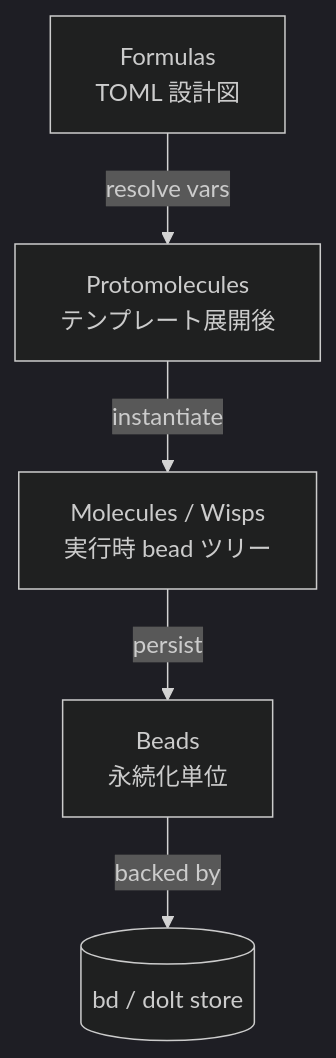
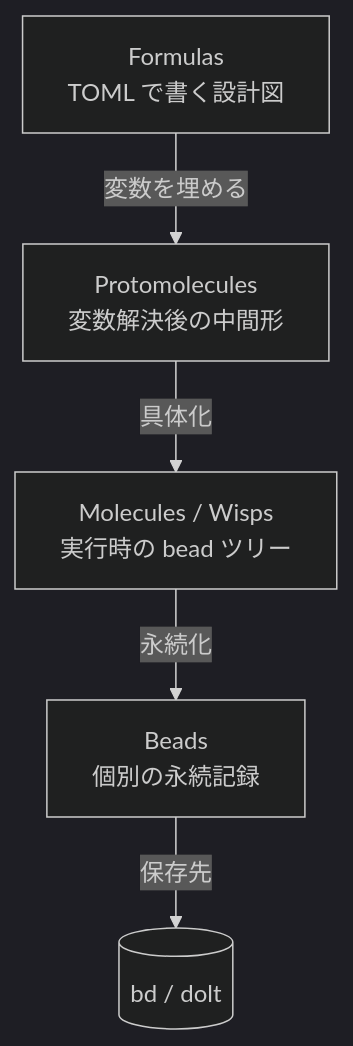
Before and after one commit to ymdvsymd/gascity: the second of 3 diagrams in .history/20260429-usage/OVERVIEW.md, drawn with Mermaid (dark theme). The commit also changed other lines of this file, not shown here.

````diff
--- a/.history/20260429-usage/OVERVIEW.md
+++ b/.history/20260429-usage/OVERVIEW.md
@@ -137,7 +105,7 @@
 ```mermaid
 graph TB
-    F[Formulas<br>TOML 設計図] -->|resolve vars| P[Protomolecules<br>テンプレート展開後]
-    P -->|instantiate| M[Molecules / Wisps<br>実行時 bead ツリー]
-    M -->|persist| B[Beads<br>永続化単位]
-    B -->|backed by| S[(bd / dolt store)]
+    F[Formulas<br>TOML で書く設計図] -->|変数を埋める| P[Protomolecules<br>変数解決後の中間形]
+    P -->|具体化| M[Molecules / Wisps<br>実行時の bead ツリー]
+    M -->|永続化| B[Beads<br>個別の永続記録]
+    B -->|保存先| S[(bd / dolt)]
 ```
````
